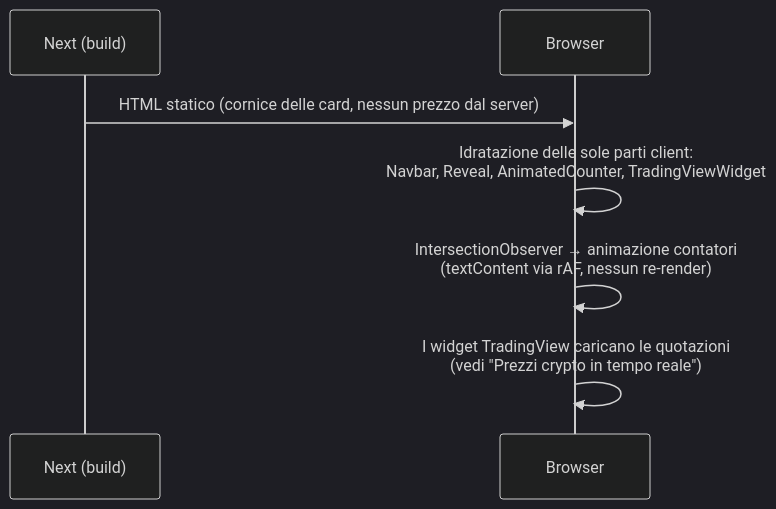
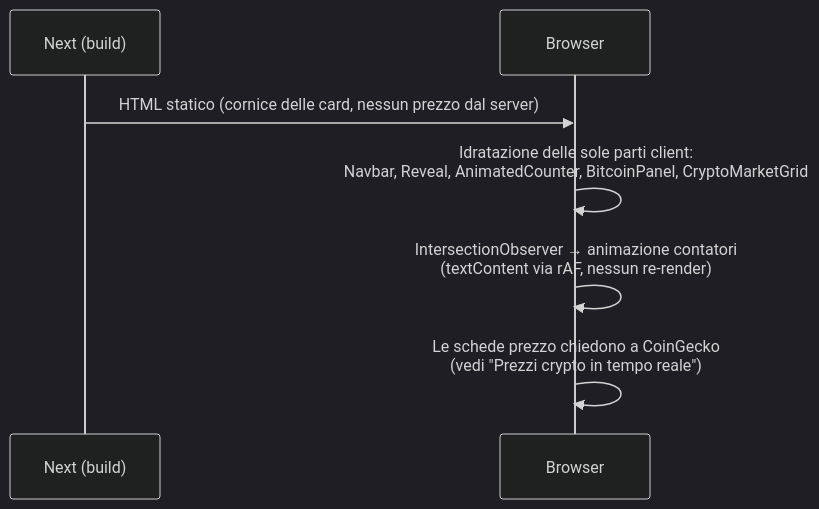
One commit to ccr21125-jpg/cr1 changed the third of 5 diagrams in README.md. Above: the diagram before and after it, drawn with Mermaid (dark theme). The commit also changed other lines of this file and 5 other files, not shown here.

First line of the commit message:
Draw the market grid's charts in-house instead of TradingView (#28)

````diff
--- a/README.md
+++ b/README.md
@@ -101,9 +104,9 @@
 ```mermaid
 sequenceDiagram
     participant N as Next (build)
     participant B as Browser
     N->>B: HTML statico (cornice delle card, nessun prezzo dal server)
-    B->>B: Idratazione delle sole parti client:<br/>Navbar, Reveal, AnimatedCounter, TradingViewWidget
+    B->>B: Idratazione delle sole parti client:<br/>Navbar, Reveal, AnimatedCounter, BitcoinPanel, CryptoMarketGrid
     B->>B: IntersectionObserver → animazione contatori<br/>(textContent via rAF, nessun re-render)
-    B->>B: I widget TradingView caricano le quotazioni<br/>(vedi "Prezzi crypto in tempo reale")
+    B->>B: Le schede prezzo chiedono a CoinGecko<br/>(vedi "Prezzi crypto in tempo reale")
 ```
````
